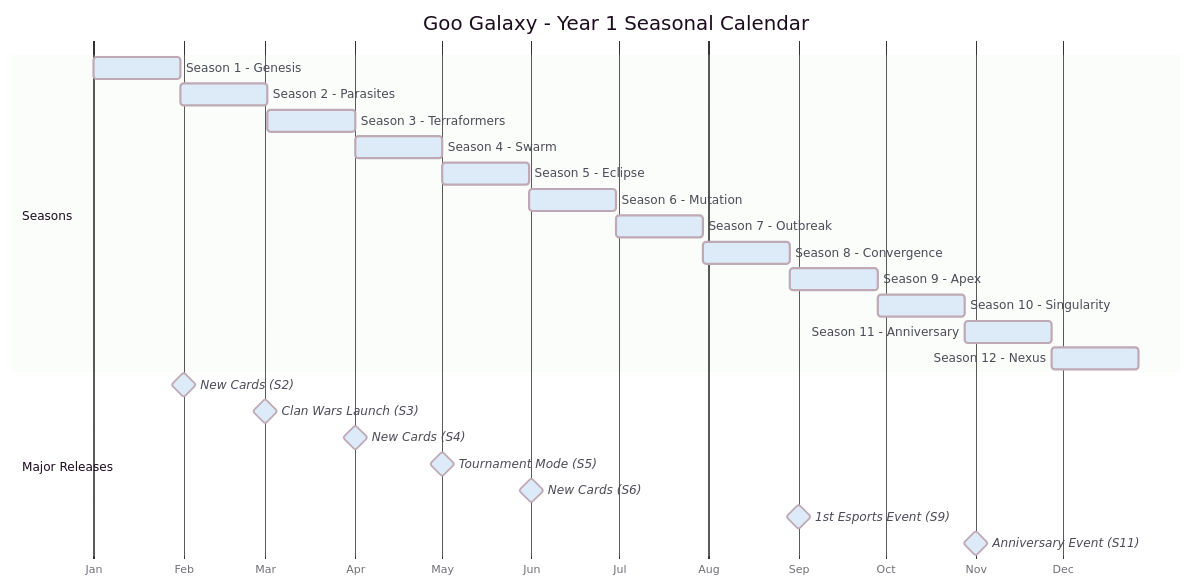
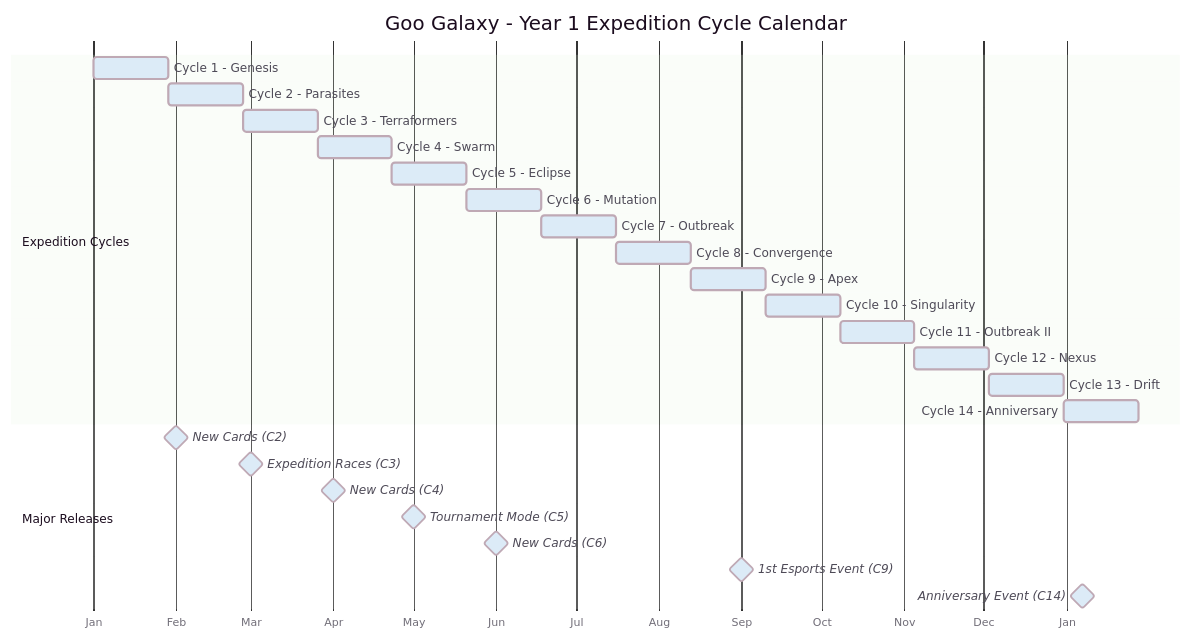
The fourth of 4 diagrams in .docs/GDD/05_Meta_Game_Retention_and_LiveOps.md (unknown-studios-code/goo-galaxy), drawn with Mermaid before and after one commit. The commit also changed other lines of this file and 54 other files, not shown here.

````diff
--- a/.docs/GDD/05_Meta_Game_Retention_and_LiveOps.md
+++ b/.docs/GDD/05_Meta_Game_Retention_and_LiveOps.md
@@ -217,30 +217,32 @@
 ```mermaid
 %%{init: {"theme":"base","themeVariables":{"primaryColor":"#F7E1E8","secondaryColor":"#DCEBF7","tertiaryColor":"#E4F3E1","primaryBorderColor":"#BFA9B5","lineColor":"#A8B6C8","primaryTextColor":"#4E4A57","clusterBkg":"#FAF5EA","clusterBorder":"#CDBFAF","edgeLabelBackground":"#FFF9F2","noteBkgColor":"#F7F1FA","noteTextColor":"#4E4A57","taskBkgColor":"#DCEBF7","taskTextColor":"#4E4A57","taskTextOutsideColor":"#4E4A57","sectionBkgColor":"#E4F3E1","sectionBorderColor":"#BCD0B9","gridColor":"#E8DDD3","todayLineColor":"#C7A7B5","actorBkg":"#F7E1E8","actorBorder":"#BFA9B5","actorTextColor":"#4E4A57","signalColor":"#A8B6C8","signalTextColor":"#4E4A57","labelBoxBkgColor":"#FFF9F2","labelBoxBorderColor":"#CDBFAF","labelTextColor":"#4E4A57"}}}%%
 gantt
-    title Goo Galaxy - Year 1 Seasonal Calendar
+    title Goo Galaxy - Year 1 Expedition Cycle Calendar
     dateFormat YYYY-MM-DD
     axisFormat %b
 
-    section Seasons
-    Season 1 - Genesis          :s1, 2027-01-01, 30d
-    Season 2 - Parasites        :s2, after s1, 30d
-    Season 3 - Terraformers     :s3, after s2, 30d
-    Season 4 - Swarm            :s4, after s3, 30d
-    Season 5 - Eclipse          :s5, after s4, 30d
-    Season 6 - Mutation         :s6, after s5, 30d
-    Season 7 - Outbreak         :s7, after s6, 30d
-    Season 8 - Convergence      :s8, after s7, 30d
-    Season 9 - Apex             :s9, after s8, 30d
-    Season 10 - Singularity     :s10, after s9, 30d
-    Season 11 - Anniversary     :s11, after s10, 30d
-    Season 12 - Nexus           :s12, after s11, 30d
+    section Expedition Cycles
+    Cycle 1 - Genesis           :s1, 2027-01-01, 28d
+    Cycle 2 - Parasites         :s2, after s1, 28d
+    Cycle 3 - Terraformers      :s3, after s2, 28d
+    Cycle 4 - Swarm             :s4, after s3, 28d
+    Cycle 5 - Eclipse           :s5, after s4, 28d
+    Cycle 6 - Mutation          :s6, after s5, 28d
+    Cycle 7 - Outbreak          :s7, after s6, 28d
+    Cycle 8 - Convergence       :s8, after s7, 28d
+    Cycle 9 - Apex              :s9, after s8, 28d
+    Cycle 10 - Singularity      :s10, after s9, 28d
+    Cycle 11 - Outbreak II      :s11, after s10, 28d
+    Cycle 12 - Nexus            :s12, after s11, 28d
+    Cycle 13 - Drift            :s13, after s12, 28d
+    Cycle 14 - Anniversary      :s14, after s13, 28d
 
     section Major Releases
-    New Cards (S2)              :milestone, 2027-02-01, 0d
-    Clan Wars Launch (S3)       :milestone, 2027-03-01, 0d
-    New Cards (S4)              :milestone, 2027-04-01, 0d
-    Tournament Mode (S5)        :milestone, 2027-05-01, 0d
-    New Cards (S6)              :milestone, 2027-06-01, 0d
-    1st Esports Event (S9)      :milestone, 2027-09-01, 0d
-    Anniversary Event (S11)     :milestone, 2027-11-01, 0d
+    New Cards (C2)              :milestone, 2027-02-01, 0d
+    Expedition Races (C3)       :milestone, 2027-03-01, 0d
+    New Cards (C4)              :milestone, 2027-04-01, 0d
+    Tournament Mode (C5)        :milestone, 2027-05-01, 0d
+    New Cards (C6)              :milestone, 2027-06-01, 0d
+    1st Esports Event (C9)      :milestone, 2027-09-01, 0d
+    Anniversary Event (C14)     :milestone, 2028-01-07, 0d
 ```
````
